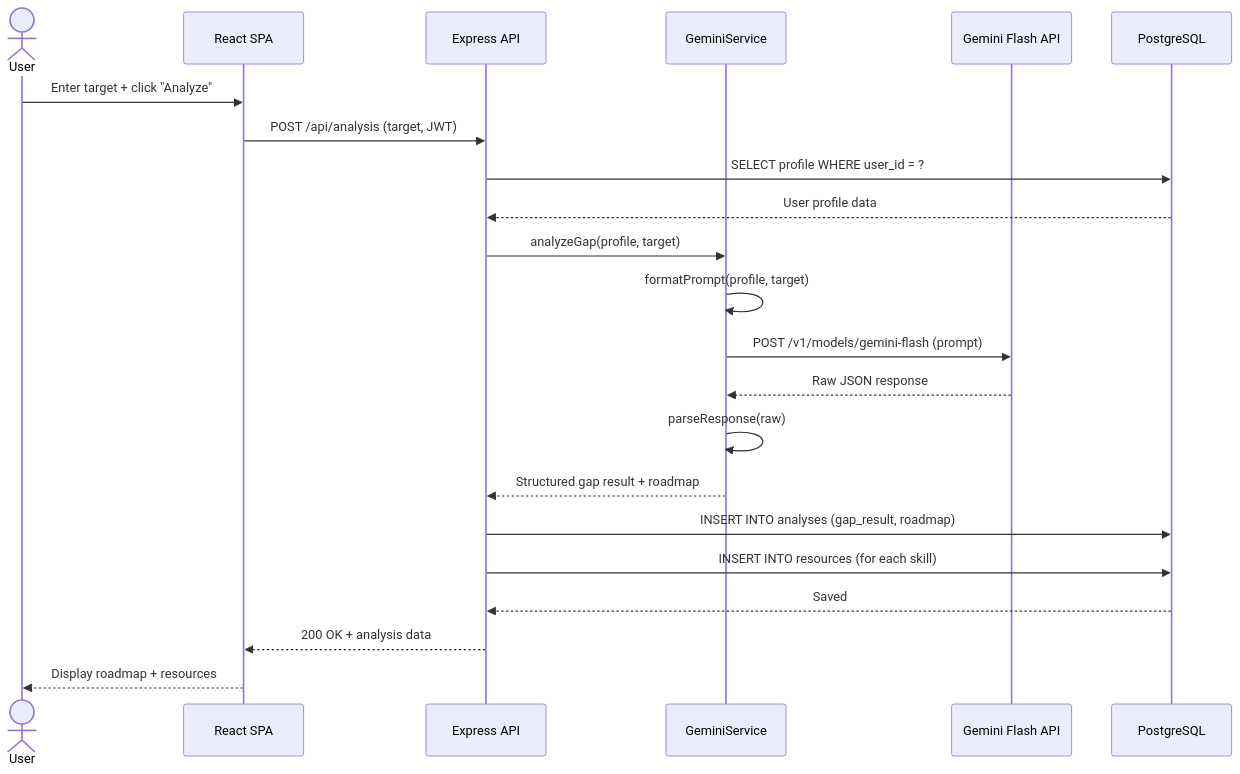
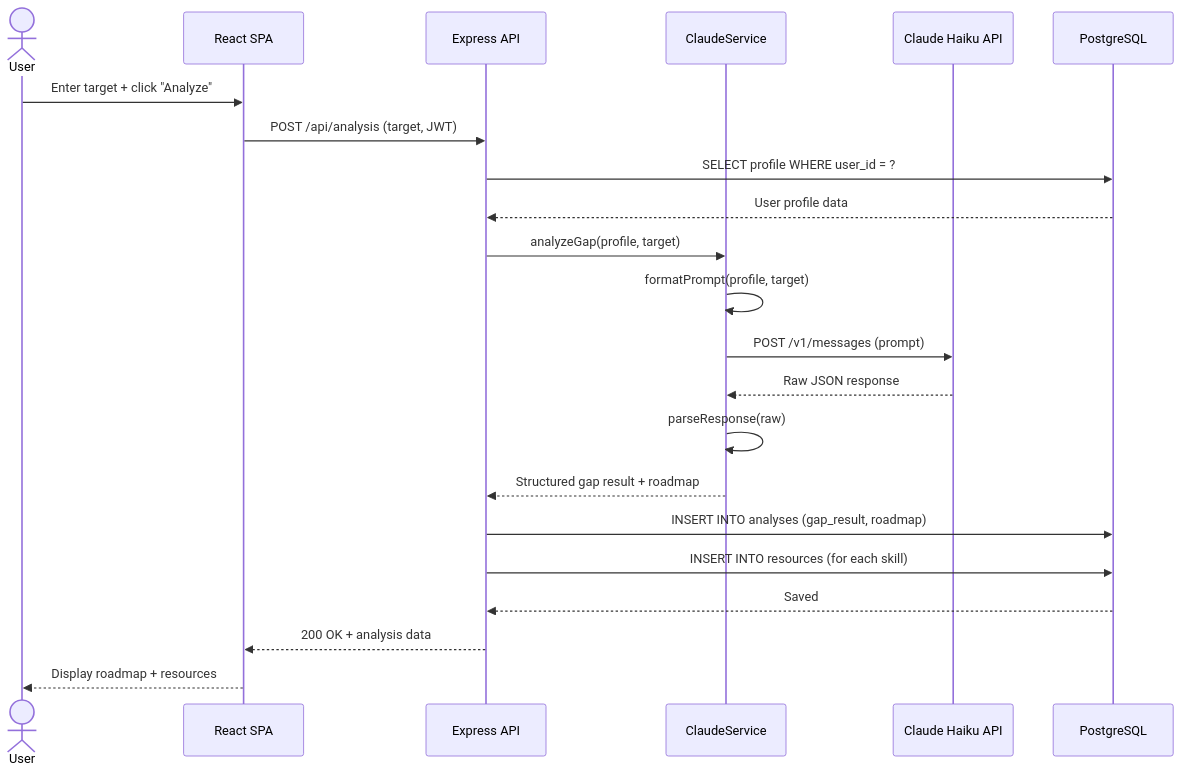
The fifth of 6 diagrams in README.md (lucasscianna/SkillMap), drawn with Mermaid before and after one commit. The commit also changed other lines of this file, not shown here.

Commit message:
docs: replace Gemini with Claude Haiku in README

````diff
--- a/README.md
+++ b/README.md
@@ -375,25 +375,25 @@
 ```mermaid
 sequenceDiagram
     actor User
     participant React as React SPA
     participant API as Express API
-    participant Gemini as GeminiService
-    participant Flash as Gemini Flash API
+    participant Claude as ClaudeService
+    participant Haiku as Claude Haiku API
     participant DB as PostgreSQL
 
     User->>React: Enter target + click "Analyze"
     React->>API: POST /api/analysis (target, JWT)
     API->>DB: SELECT profile WHERE user_id = ?
     DB-->>API: User profile data
-    API->>Gemini: analyzeGap(profile, target)
-    Gemini->>Gemini: formatPrompt(profile, target)
-    Gemini->>Flash: POST /v1/models/gemini-flash (prompt)
-    Flash-->>Gemini: Raw JSON response
-    Gemini->>Gemini: parseResponse(raw)
-    Gemini-->>API: Structured gap result + roadmap
+    API->>Claude: analyzeGap(profile, target)
+    Claude->>Claude: formatPrompt(profile, target)
+    Claude->>Haiku: POST /v1/messages (prompt)
+    Haiku-->>Claude: Raw JSON response
+    Claude->>Claude: parseResponse(raw)
+    Claude-->>API: Structured gap result + roadmap
     API->>DB: INSERT INTO analyses (gap_result, roadmap)
     API->>DB: INSERT INTO resources (for each skill)
     DB-->>API: Saved
     API-->>React: 200 OK + analysis data
     React-->>User: Display roadmap + resources
 ```
````
